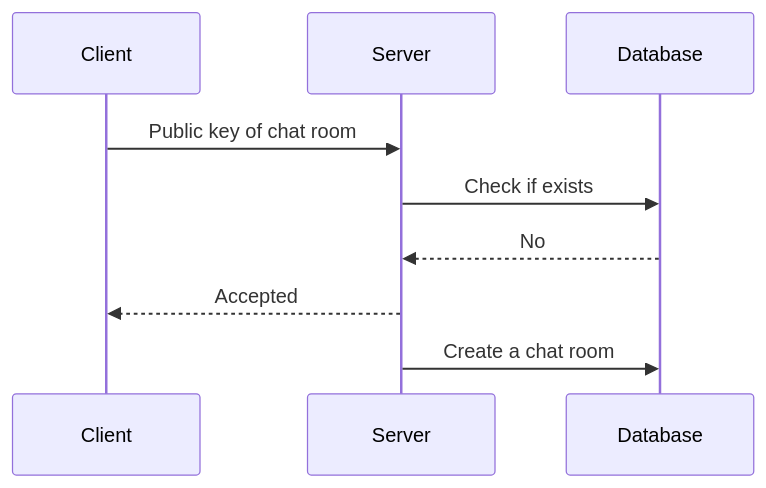
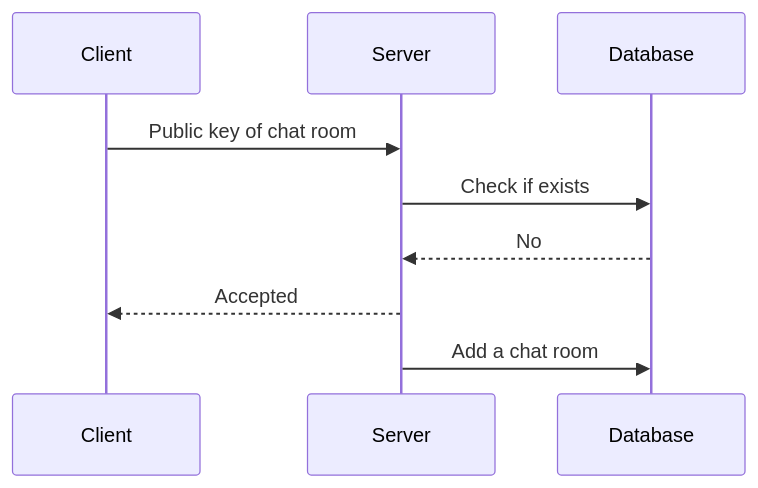
One commit to liplum/ChatIsland changed the fourth of 5 diagrams in README.md. Above: the diagram before and after it, drawn with Mermaid. The commit also changed other lines of this file, not shown here.

````diff
--- a/README.md
+++ b/README.md
@@ -68,11 +67,11 @@
 ```mermaid
 sequenceDiagram
     participant Client
     participant Server
     participant Database
     Client->>Server: Public key of chat room 
     Server->>Database: Check if exists
     Database-->>Server: No
     Server-->>Client: Accepted
-    Server->>Database: Create a chat room
+    Server->>Database: Add a chat room
 ```
````
